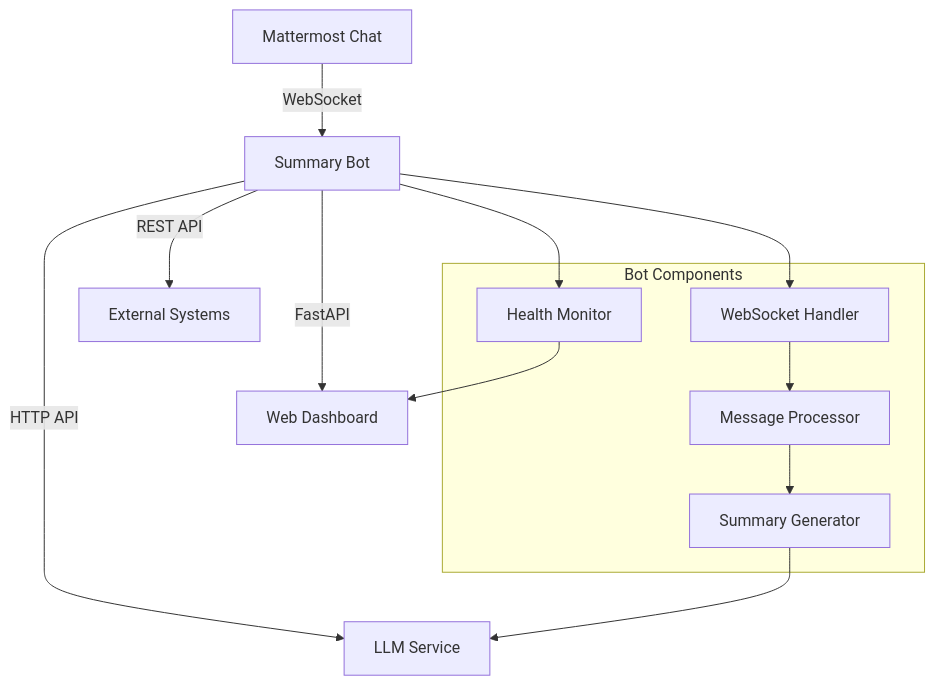
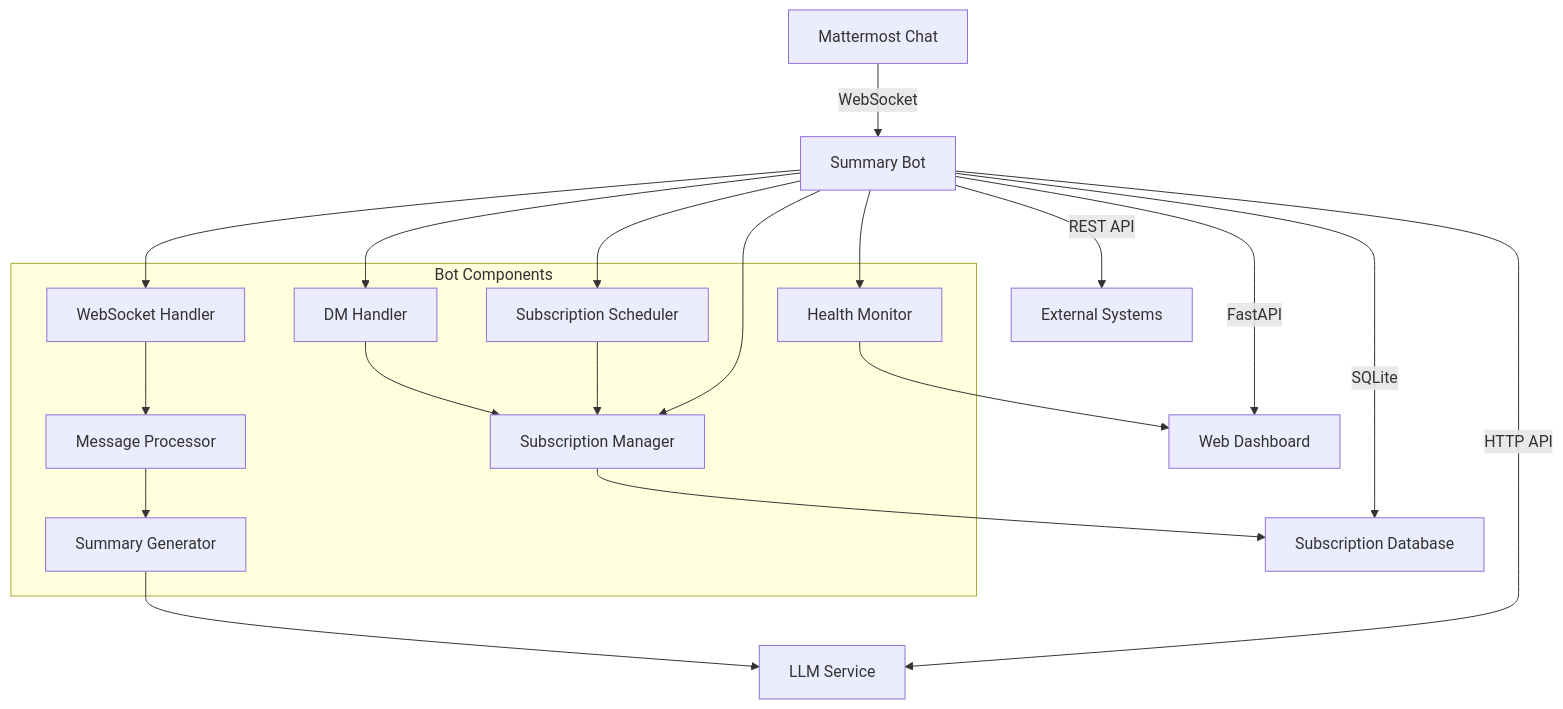
The diagram in README.md (chastnik/mm_bot_summary), drawn with Mermaid before and after one commit. The commit also changed other lines of this file and 11 other files, not shown here.

````diff
--- a/README.md
+++ b/README.md
@@ -34,21 +40,31 @@
 ```mermaid
 graph TD
     A[Mattermost Chat] -->|WebSocket| B[Summary Bot]
     B -->|HTTP API| C[LLM Service]
     B -->|FastAPI| D[Web Dashboard]
     B -->|REST API| E[External Systems]
+    B -->|SQLite| F[Subscription Database]
     
     subgraph "Bot Components"
-        F[WebSocket Handler]
-        G[Message Processor] 
-        H[Summary Generator]
-        I[Health Monitor]
+        G[WebSocket Handler]
+        H[Message Processor] 
+        I[Summary Generator]
+        J[Health Monitor]
+        K[Subscription Manager]
+        L[Subscription Scheduler]
+        M[DM Handler]
     end
     
-    B --> F
-    F --> G
+    B --> G
     G --> H
-    H --> C
-    B --> I
-    I --> D
+    H --> I
+    I --> C
+    B --> J
+    J --> D
+    B --> K
+    K --> F
+    B --> L
+    L --> K
+    B --> M
+    M --> K
 ```
````
